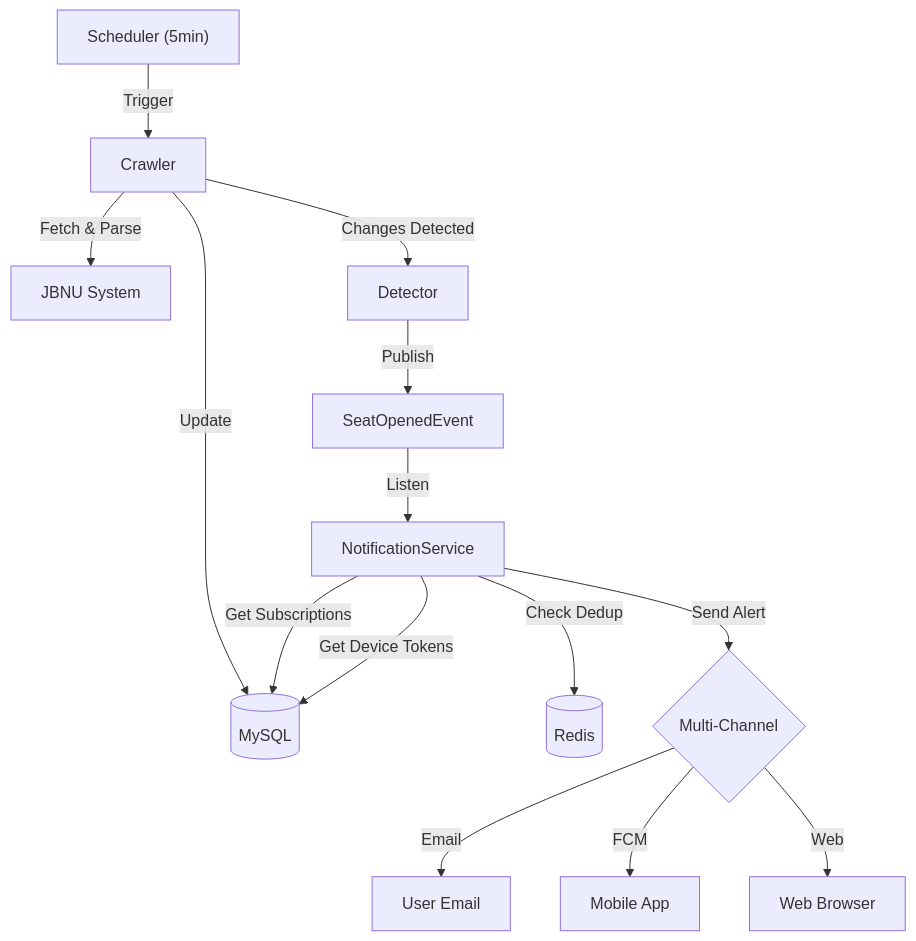
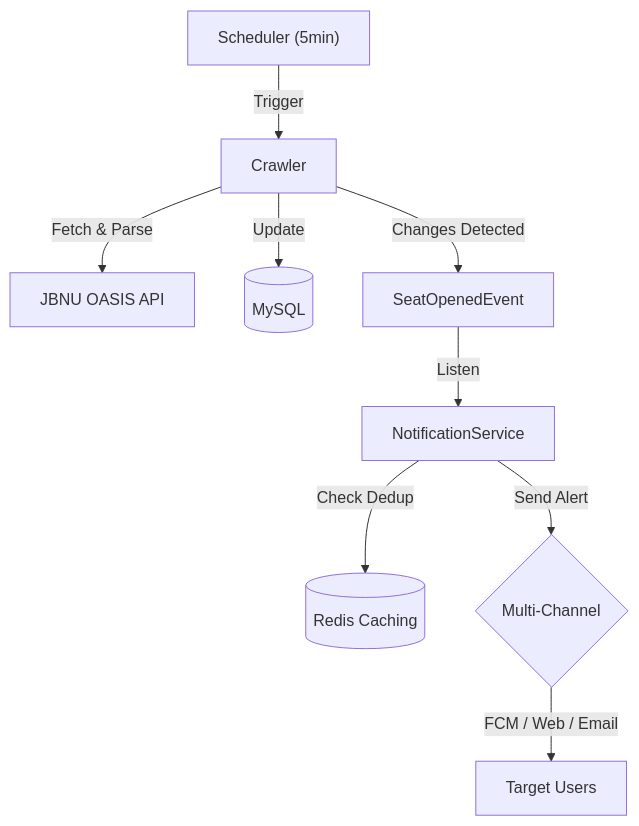
The diagram in README.md (bhoon716/zup-zup-server), drawn with Mermaid before and after one commit. The commit also changed other lines of this file and 2 other files, not shown here.

````diff
--- a/README.md
+++ b/README.md
@@ -70,16 +21,11 @@
 ```mermaid
 graph TD
     Scheduler["Scheduler (5min)"] -->|Trigger| Crawler
-    Crawler -->|Fetch & Parse| OASIS["JBNU System"]
+    Crawler -->|Fetch & Parse| OASIS["JBNU OASIS API"]
     Crawler -->|Update| DB[(MySQL)]
-    Crawler -->|Changes Detected| Detector
-    Detector -->|Publish| Event["SeatOpenedEvent"]
+    Crawler -->|Changes Detected| Event["SeatOpenedEvent"]
     Event -->|Listen| Notifier["NotificationService"]
-    Notifier -->|Check Dedup| Redis[(Redis)]
-    Notifier -->|Get Subscriptions| DB
-    Notifier -->|Get Device Tokens| DB
+    Notifier -->|Check Dedup| Redis[(Redis Caching)]
     Notifier -->|Send Alert| MultiChannel{Multi-Channel}
-    MultiChannel -->|Email| UserEmail[User Email]
-    MultiChannel -->|FCM| AppPush[Mobile App]
-    MultiChannel -->|Web| Browser[Web Browser]
+    MultiChannel -->|FCM / Web / Email| User[Target Users]
 ```
````
